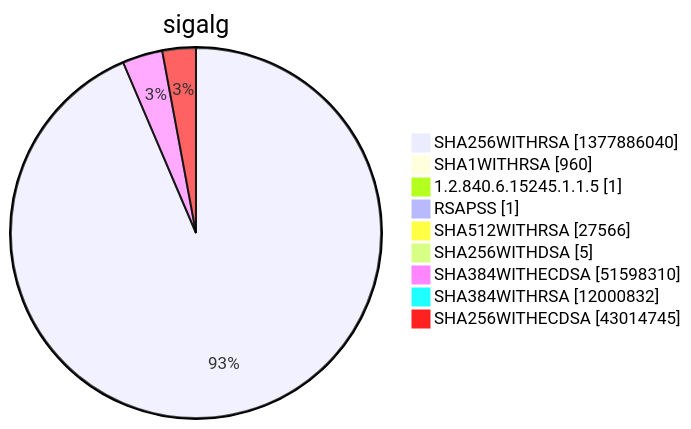
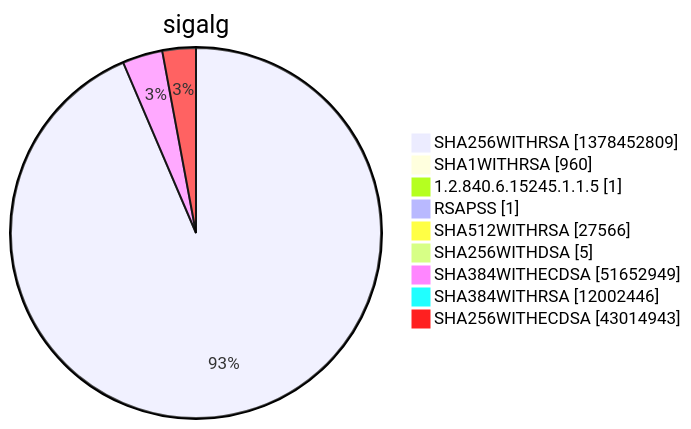
One commit to christiankrug/ctmonitor_visualization changed diagram 15 of 15 in argon2022/README.md. Above: the diagram before and after it, drawn with Mermaid. The commit also changed other lines of this file, not shown here.

````diff
--- a/argon2022/README.md
+++ b/argon2022/README.md
@@ -5524,13 +5524,13 @@
 ```mermaid
 pie showData
 title sigalg
-"SHA256WITHRSA" :1377886040
+"SHA256WITHRSA" :1378452809
 "SHA1WITHRSA" :960
 "1.2.840.6.15245.1.1.5" :1
 "RSAPSS" :1
 "SHA512WITHRSA" :27566
 "SHA256WITHDSA" :5
-"SHA384WITHECDSA" :51598310
-"SHA384WITHRSA" :12000832
-"SHA256WITHECDSA" :43014745
+"SHA384WITHECDSA" :51652949
+"SHA384WITHRSA" :12002446
+"SHA256WITHECDSA" :43014943
 ```
````
